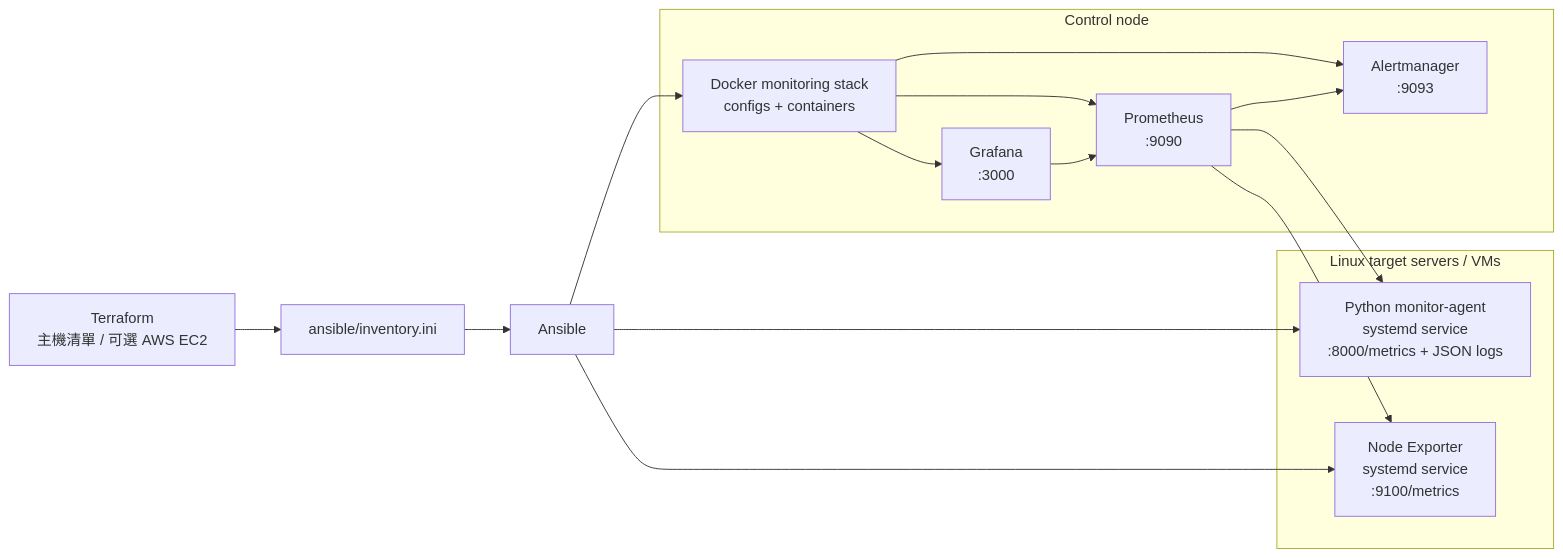
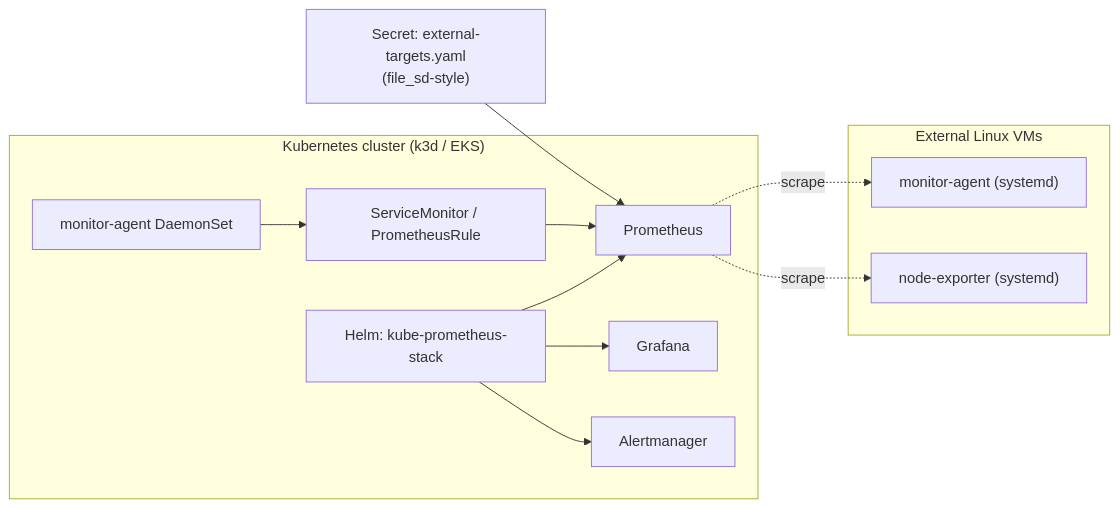
One commit to Bikerbyte/iac-monitoring-system changed the diagram in README.md. Above: the diagram before and after it, drawn with Mermaid. The commit also changed other lines of this file and 1 other file, not shown here.

````diff
--- a/README.md
+++ b/README.md
@@ -16,30 +25,22 @@
 ```mermaid
 flowchart LR
-  TF["Terraform\n主機清單 / 可選 AWS EC2"] --> INV["ansible/inventory.ini"]
-  INV --> ANS["Ansible"]
-
-  subgraph TARGETS["Linux target servers / VMs"]
-    AGENT["Python monitor-agent\nsystemd service\n:8000/metrics + JSON logs"]
-    NODE["Node Exporter\nsystemd service\n:9100/metrics"]
+  subgraph K8S["Kubernetes cluster (k3d / EKS)"]
+    HELM["Helm: kube-prometheus-stack"]
+    DS["monitor-agent DaemonSet"]
+    SM["ServiceMonitor / PrometheusRule"]
+    HELM --> PROM["Prometheus"]
+    HELM --> GRAF["Grafana"]
+    HELM --> AM["Alertmanager"]
+    SM --> PROM
+    DS --> SM
   end
 
-  ANS --> AGENT
-  ANS --> NODE
-
-  subgraph CONTROL["Control node"]
-    STACK["Docker monitoring stack\nconfigs + containers"]
-    PROM["Prometheus\n:9090"]
-    GRAF["Grafana\n:3000"]
-    AM["Alertmanager\n:9093"]
-
-    STACK --> PROM
-    STACK --> GRAF
-    STACK --> AM
+  subgraph VMS["External Linux VMs"]
+    AGENT["monitor-agent (systemd)"]
+    NODE["node-exporter (systemd)"]
   end
 
-  ANS --> STACK
-  PROM --> AGENT
-  PROM --> NODE
-  PROM --> AM
-  GRAF --> PROM
+  SECRET["Secret: external-targets.yaml<br/>(file_sd-style)"] --> PROM
+  PROM -.scrape.-> AGENT
+  PROM -.scrape.-> NODE
 ```
````
